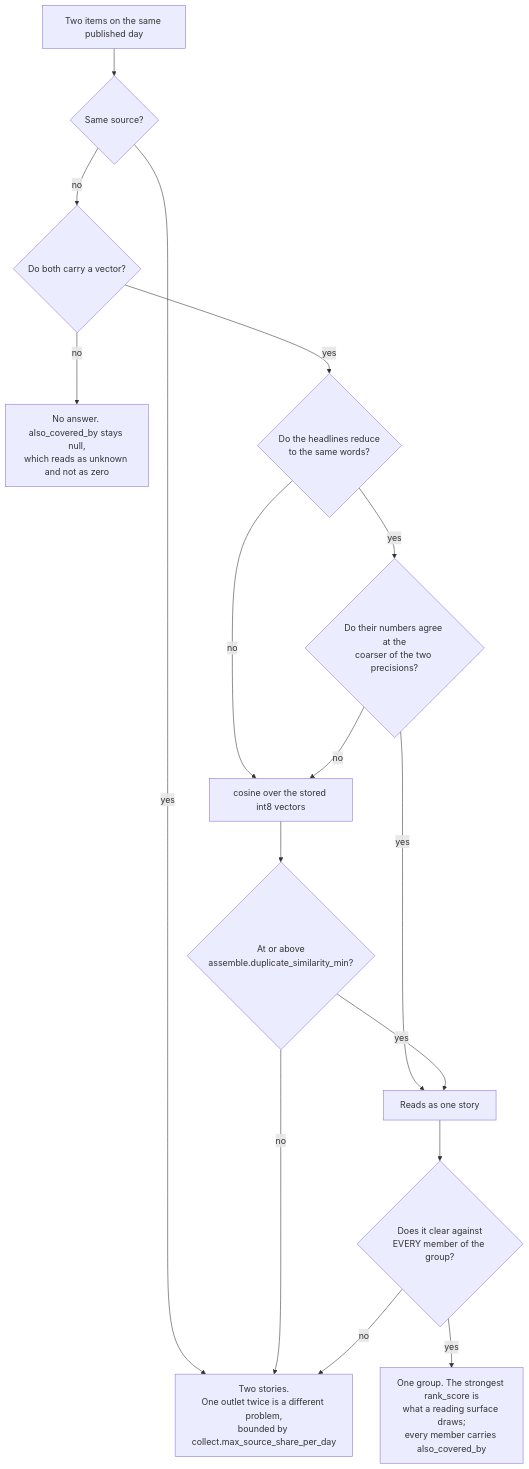
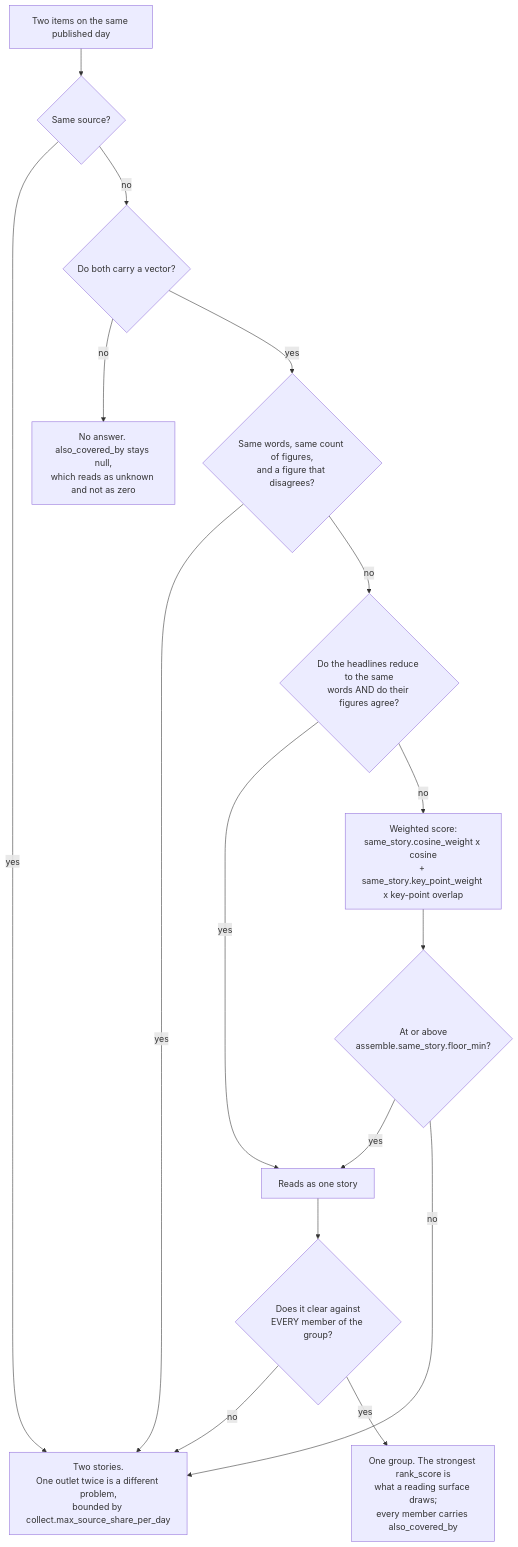
One commit to miztiik/yen-idhazh changed the diagram in docs/architecture/publishing/layout.md. Above: the diagram before and after it, drawn with Mermaid. The commit also changed other lines of this file and 11 other files, not shown here.

First line of the commit message:
The same-story score is a weighted composite

````diff
--- a/docs/architecture/publishing/layout.md
+++ b/docs/architecture/publishing/layout.md
@@ -139,18 +139,18 @@
 ```mermaid
 flowchart TD
   start["Two items on the same published day"] --> src{"Same source?"}
   src -- yes --> apart["Two stories.<br/>One outlet twice is a different problem,<br/>bounded by collect.max_source_share_per_day"]
   src -- no --> vec{"Do both carry a vector?"}
   vec -- no --> unknown["No answer. also_covered_by stays null,<br/>which reads as unknown and not as zero"]
-  vec -- yes --> shape{"Do the headlines reduce<br/>to the same words?"}
-  shape -- yes --> nums{"Do their numbers agree at the<br/>coarser of the two precisions?"}
-  shape -- no --> cos["cosine over the stored int8 vectors"]
-  nums -- no --> cos
-  nums -- yes --> fits["Reads as one story"]
-  cos --> floor{"At or above<br/>assemble.duplicate_similarity_min?"}
+  vec -- yes --> veto{"Same words, same count of figures,<br/>and a figure that disagrees?"}
+  veto -- yes --> apart
+  veto -- no --> shape{"Do the headlines reduce to the same<br/>words AND do their figures agree?"}
+  shape -- yes --> fits["Reads as one story"]
+  shape -- no --> comp["Weighted score:<br/>same_story.cosine_weight x cosine<br/>+ same_story.key_point_weight x key-point overlap"]
+  comp --> floor{"At or above<br/>assemble.same_story.floor_min?"}
   floor -- yes --> fits
   floor -- no --> apart
   fits --> all{"Does it clear against<br/>EVERY member of the group?"}
   all -- no --> apart
   all -- yes --> join["One group. The strongest rank_score is<br/>what a reading surface draws;<br/>every member carries also_covered_by"]
 ```
````
